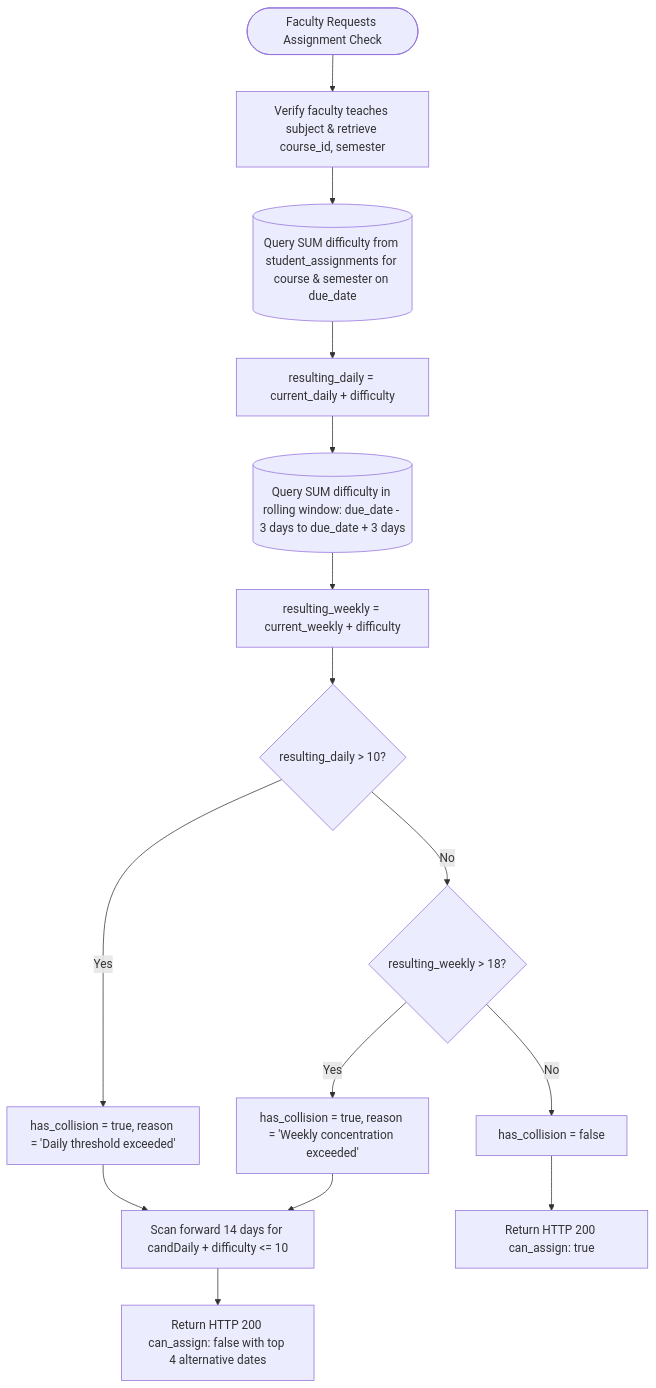
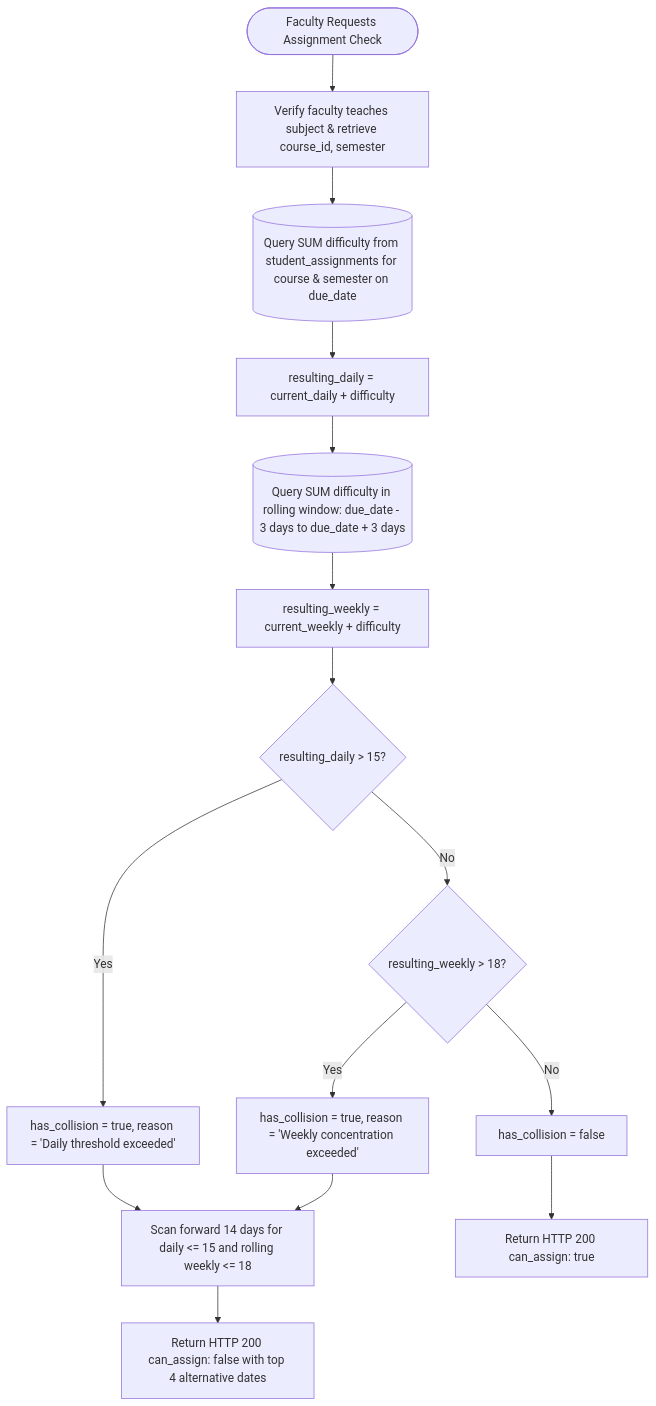
Before and after one commit to JeneeshKJaison/UniFlow: diagram 16 of 21 in documentation_handoff/09_diagram_specs.md, drawn with Mermaid. The commit also changed other lines of this file and 28 other files, not shown here.

````diff
--- a/documentation_handoff/09_diagram_specs.md
+++ b/documentation_handoff/09_diagram_specs.md
@@ -683,19 +687,19 @@
 ```mermaid
 flowchart TD
     Start([Faculty Requests Assignment Check]) --> Step1[Verify faculty teaches subject & retrieve course_id, semester]
     Step1 --> QueryDaily[(Query SUM difficulty from student_assignments for course & semester on due_date)]
     QueryDaily --> CalcDaily[resulting_daily = current_daily + difficulty]
     CalcDaily --> QueryWeekly[(Query SUM difficulty in rolling window: due_date - 3 days to due_date + 3 days)]
     QueryWeekly --> CalcWeekly[resulting_weekly = current_weekly + difficulty]
     
-    CalcWeekly --> CheckDaily{resulting_daily > 10?}
+    CalcWeekly --> CheckDaily{resulting_daily > 15?}
     CheckDaily -- Yes --> SetCollision[has_collision = true, reason = 'Daily threshold exceeded']
     CheckDaily -- No --> CheckWeekly{resulting_weekly > 18?}
     CheckWeekly -- Yes --> SetCollision2[has_collision = true, reason = 'Weekly concentration exceeded']
     CheckWeekly -- No --> ClearCollision[has_collision = false]
     
-    SetCollision --> ScanDates[Scan forward 14 days for candDaily + difficulty <= 10]
+    SetCollision --> ScanDates[Scan forward 14 days for daily <= 15 and rolling weekly <= 18]
     SetCollision2 --> ScanDates
     ScanDates --> ReturnAlt[Return HTTP 200 can_assign: false with top 4 alternative dates]
     ClearCollision --> ReturnOK[Return HTTP 200 can_assign: true]
 ```
````
